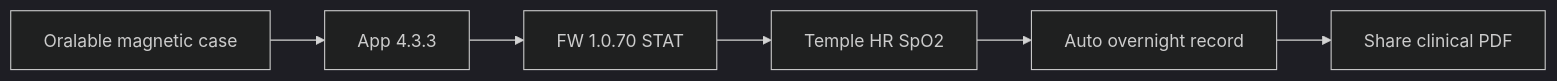
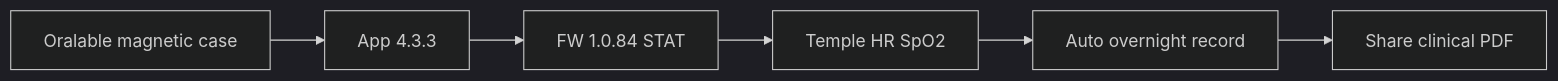
Before and after one commit to johnacogan67/cursor_oralable: the diagram in docs/VITALS_PHASE_GEN1_GEN2.md, drawn with Mermaid (dark theme). The commit also changed other lines of this file and 58 other files, not shown here.

````diff
--- a/docs/VITALS_PHASE_GEN1_GEN2.md
+++ b/docs/VITALS_PHASE_GEN1_GEN2.md
@@ -19,8 +19,8 @@
 ```mermaid
 flowchart LR
   Case[Oralable magnetic case] --> App[App 4.3.3]
-  App --> FW[FW 1.0.70 STAT]
+  App --> FW[FW 1.0.84 STAT]
   FW --> Temple[Temple HR SpO2]
   Temple --> Night[Auto overnight record]
   Night --> Morning[Share clinical PDF]
 ```
````
